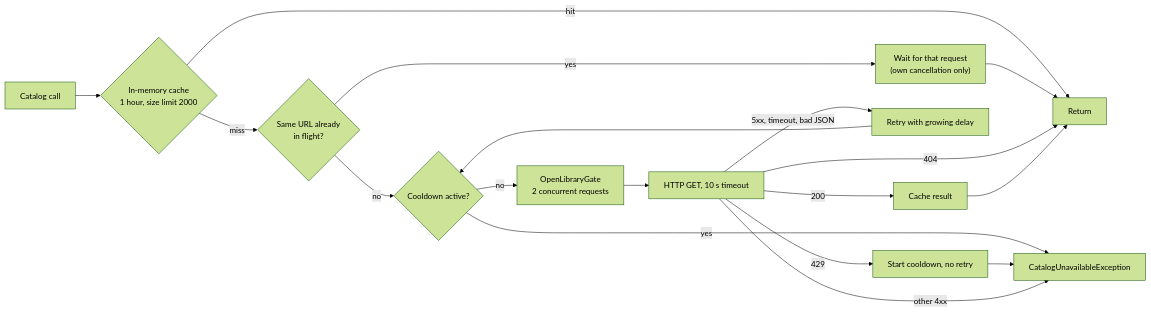
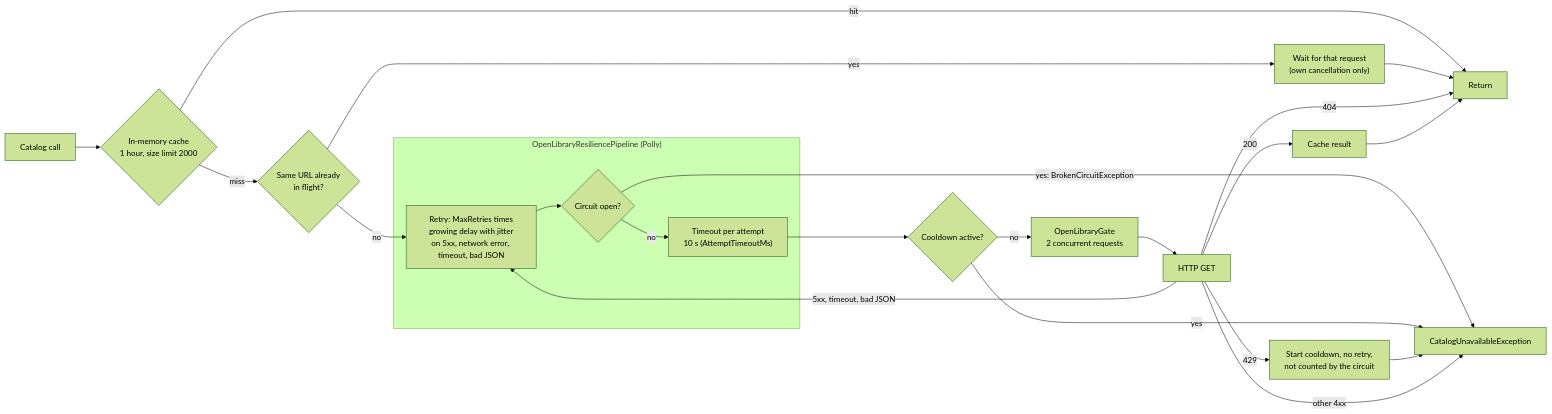
One commit to juan-alvarez-at-trip-arc/find-that-book changed the diagram in docs/architecture/06-open-library-protection.md. Above: the diagram before and after it, drawn with Mermaid (forest theme). The commit also changed other lines of this file and 32 other files, not shown here.

First line of the commit message:
feat: add Polly retry, circuit breaker and timeouts for Open Library and AI calls

````diff
--- a/docs/architecture/06-open-library-protection.md
+++ b/docs/architecture/06-open-library-protection.md
@@ -3,16 +5,24 @@
 ```mermaid
 flowchart LR
     req[Catalog call] --> cache{"In-memory cache<br/>1 hour, size limit 2000"}
     cache -- hit --> ret[Return]
     cache -- miss --> infl{"Same URL already<br/>in flight?"}
     infl -- yes --> join["Wait for that request<br/>(own cancellation only)"] --> ret
-    infl -- no --> cd{Cooldown active?}
-    cd -- yes --> fail[CatalogUnavailableException]
+    infl -- no --> retry
+
+    subgraph pipe["OpenLibraryResiliencePipeline (Polly)"]
+        retry["Retry: MaxRetries times<br/>growing delay with jitter<br/>on 5xx, network error, timeout, bad JSON"] --> cb{"Circuit open?"}
+        cb -- no --> tmo["Timeout per attempt<br/>10 s (AttemptTimeoutMs)"]
+    end
+
+    cb -- "yes: BrokenCircuitException" --> fail[CatalogUnavailableException]
+    tmo --> cd{Cooldown active?}
+    cd -- yes --> fail
     cd -- no --> gate["OpenLibraryGate<br/>2 concurrent requests"]
-    gate --> http[HTTP GET, 10 s timeout]
-    http -- 429 --> start["Start cooldown, no retry"] --> fail
-    http -- "5xx, timeout, bad JSON" --> retry["Retry with growing delay"] --> cd
+    gate --> http[HTTP GET]
+    http -- 429 --> start["Start cooldown, no retry,<br/>not counted by the circuit"] --> fail
+    http -- "5xx, timeout, bad JSON" --> retry
     http -- other 4xx --> fail
     http -- 404 --> ret
     http -- 200 --> store[Cache result] --> ret
 ```
````
